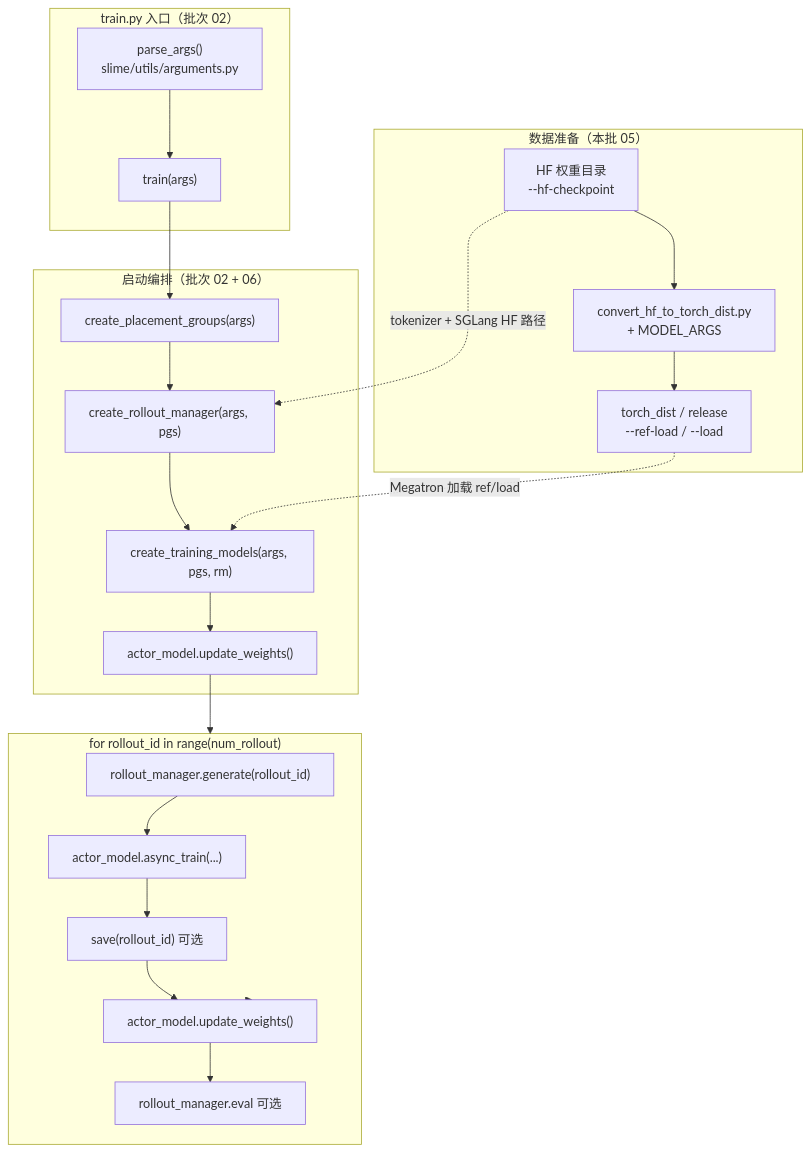
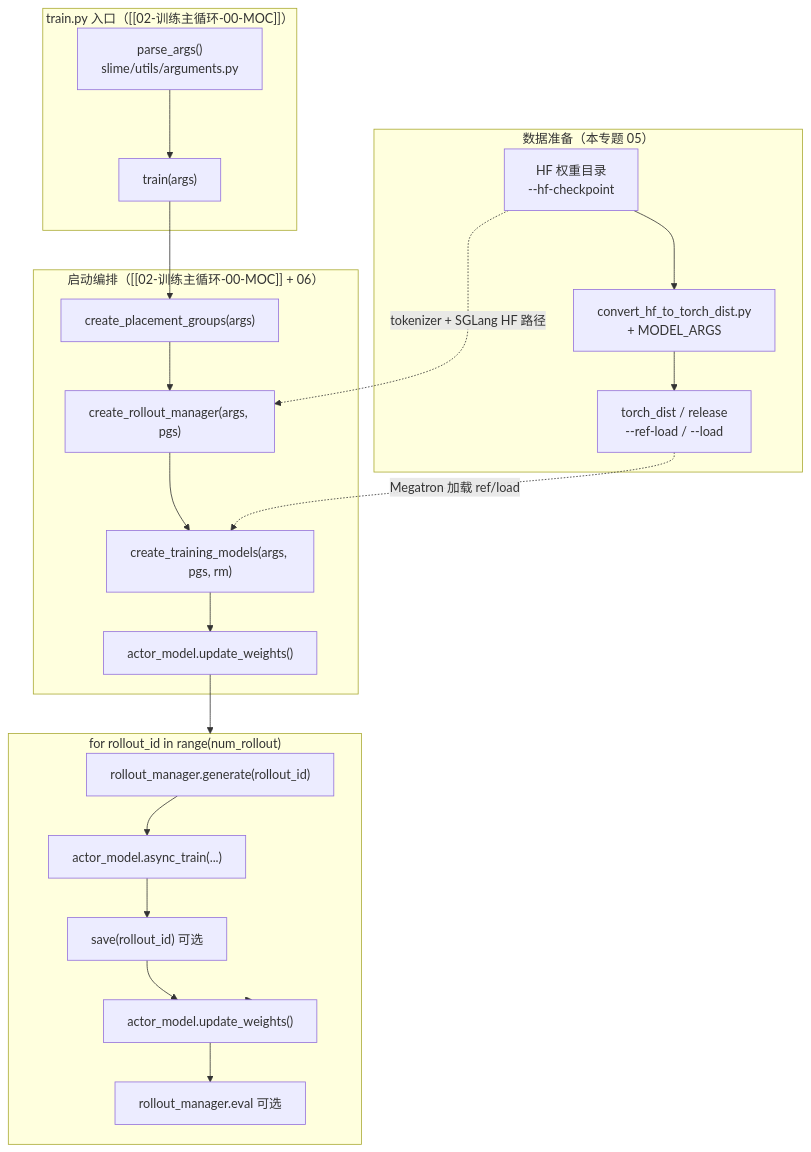
Before and after one commit to OnlyHero5/ai-infra-reading-vault: the diagram in slime_reading/01-启动与入口/05-Tools-DataPrep/05-Tools-DataPrep-00-MOC.md, drawn with Mermaid. The commit also changed other lines of this file and 421 other files, not shown here.

````diff
--- a/slime_reading/01-启动与入口/05-Tools-DataPrep/05-Tools-DataPrep-00-MOC.md
+++ b/slime_reading/01-启动与入口/05-Tools-DataPrep/05-Tools-DataPrep-00-MOC.md
@@ -52,37 +52,37 @@
 ```mermaid
 flowchart TB
-    subgraph prep["数据准备（本批 05）"]
+    subgraph prep["数据准备（本专题 05）"]
         HF["HF 权重目录<br/>--hf-checkpoint"]
         CONV["convert_hf_to_torch_dist.py<br/>+ MODEL_ARGS"]
         TD["torch_dist / release<br/>--ref-load / --load"]
         HF --> CONV --> TD
     end
 
-    subgraph entry["train.py 入口（批次 02）"]
+    subgraph entry["train.py 入口（[[02-训练主循环-00-MOC]]）"]
         PA["parse_args()<br/>slime/utils/arguments.py"]
         TR["train(args)"]
         PA --> TR
     end
 
-    subgraph bootstrap["启动编排（批次 02 + 06）"]
+    subgraph bootstrap["启动编排（[[02-训练主循环-00-MOC]] + 06）"]
         PG["create_placement_groups(args)"]
         RM["create_rollout_manager(args, pgs)"]
         TM["create_training_models(args, pgs, rm)"]
         UW0["actor_model.update_weights()"]
         TR --> PG --> RM --> TM --> UW0
     end
 
     subgraph loop["for rollout_id in range(num_rollout)"]
         GEN["rollout_manager.generate(rollout_id)"]
         TRN["actor_model.async_train(...)"]
         SAV["save(rollout_id) 可选"]
         UW1["actor_model.update_weights()"]
         EVAL["rollout_manager.eval 可选"]
         GEN --> TRN --> SAV --> UW1 --> EVAL
     end
 
     TD -.->|"Megatron 加载 ref/load"| TM
     HF -.->|"tokenizer + SGLang HF 路径"| RM
     UW0 --> loop
     UW1 --> loop
 ```
````
